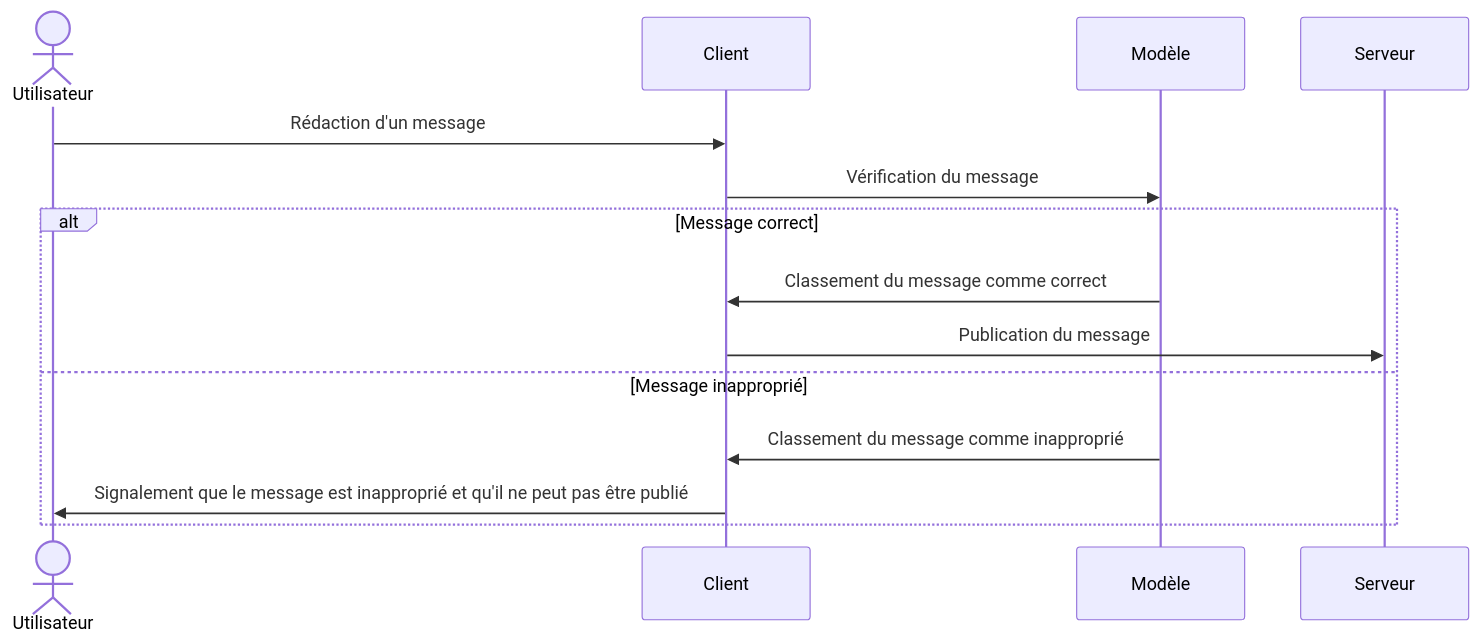
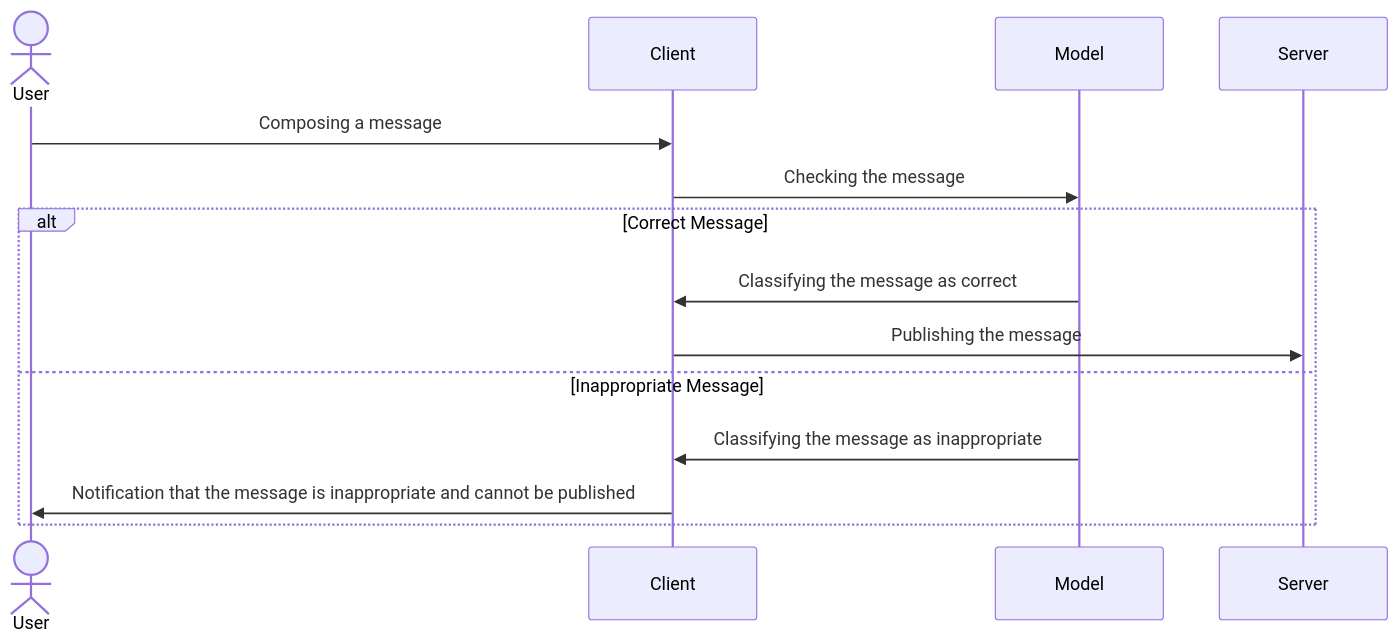
Before and after one commit to pixselve-school/AI_KERICHARD_ADAM: the diagram in TP3_4_Project/Exercices/Exercice3-project-PurrPost/README.md, drawn with Mermaid. The commit also changed other lines of this file, not shown here.

````diff
--- a/TP3_4_Project/Exercices/Exercice3-project-PurrPost/README.md
+++ b/TP3_4_Project/Exercices/Exercice3-project-PurrPost/README.md
@@ -29,18 +27,18 @@
 ```mermaid
 sequenceDiagram
-    actor U as Utilisateur
+    actor U as User
     participant C as Client
-    participant M as Modèle
-    participant S as Serveur
+    participant M as Model
+    participant S as Server
 
-    U ->> C: Rédaction d'un message
-    C ->> M: Vérification du message
-    alt Message correct
-        M ->> C: Classement du message comme correct
-        C ->> S: Publication du message
-    else Message inapproprié
-        M ->> C: Classement du message comme inapproprié
-        C ->> U: Signalement que le message est inapproprié et qu'il ne peut pas être publié
+    U ->> C: Composing a message
+    C ->> M: Checking the message
+    alt Correct Message
+        M ->> C: Classifying the message as correct
+        C ->> S: Publishing the message
+    else Inappropriate Message
+        M ->> C: Classifying the message as inappropriate
+        C ->> U: Notification that the message is inappropriate and cannot be published
     end
     
 ```
````
